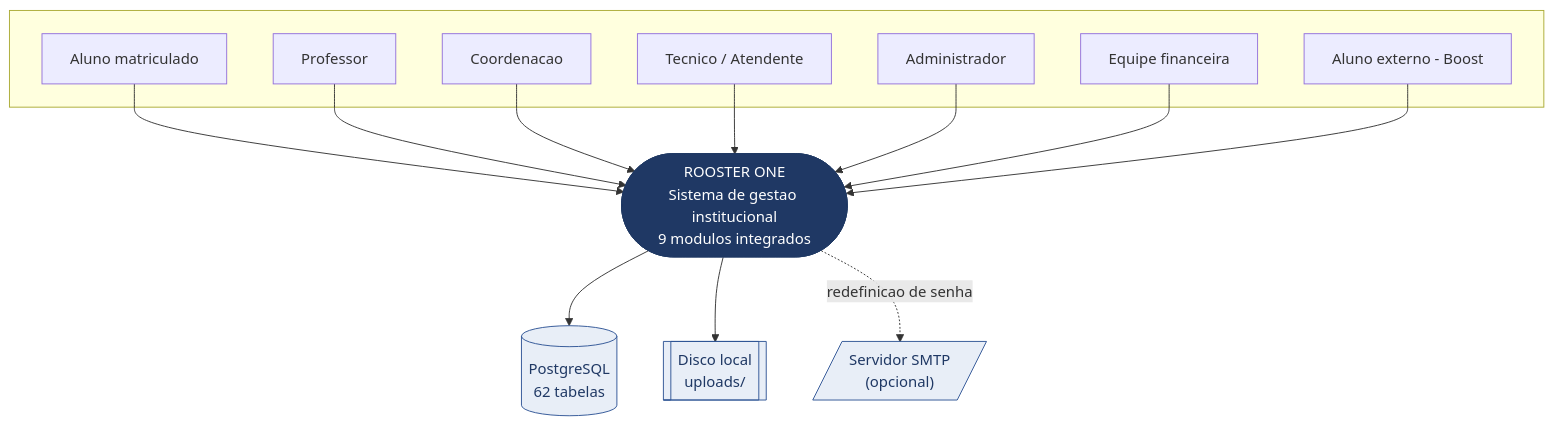
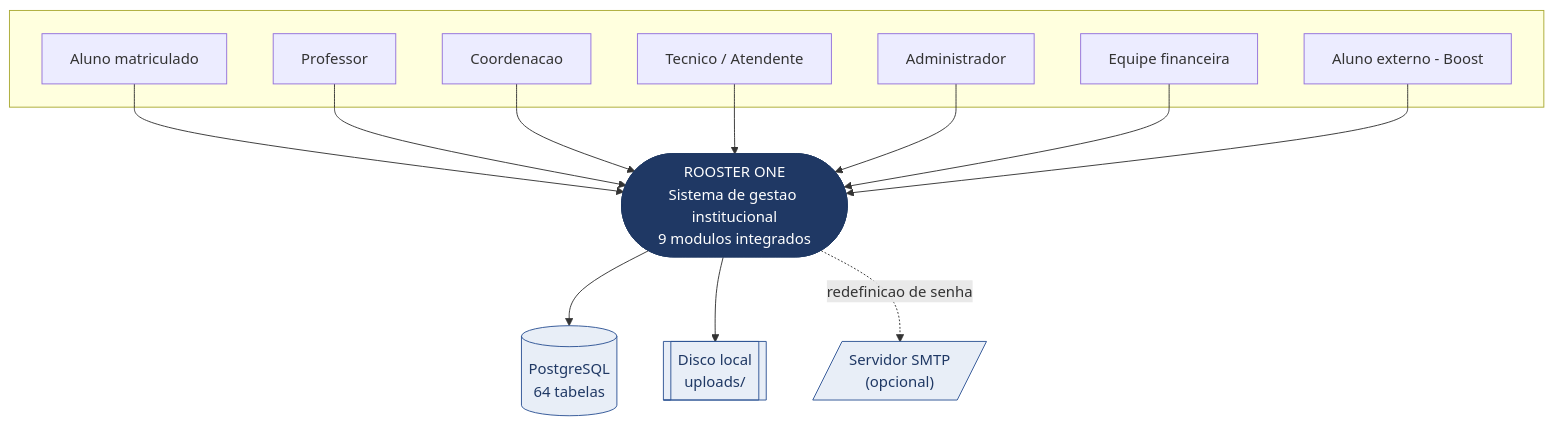
One commit to bebberjoao/RoosterOneBackend changed the diagram in docs/diagramas/src/contexto.mmd. Above: the diagram before and after it, drawn with Mermaid. The commit also changed 4 other files, not shown here.

Commit message:
docs(diagramas): casos de uso do Boost com atores vigentes; contexto com 64 tabelas

```diff
--- a/docs/diagramas/src/contexto.mmd
+++ b/docs/diagramas/src/contexto.mmd
@@ -1,33 +1,33 @@
 graph TB
   subgraph Externo[" "]
     AI[Aluno matriculado]
     PR[Professor]
     CO[Coordenacao]
     TE[Tecnico / Atendente]
     AD[Administrador]
     FI[Equipe financeira]
     EX[Aluno externo - Boost]
   end
 
   RO(["ROOSTER ONE<br/>Sistema de gestao institucional<br/>9 modulos integrados"])
 
-  PG[("PostgreSQL<br/>62 tabelas")]
+  PG[("PostgreSQL<br/>64 tabelas")]
   FS[["Disco local<br/>uploads/"]]
   SMTP[/"Servidor SMTP<br/>(opcional)"/]
 
   AI --> RO
   PR --> RO
   CO --> RO
   TE --> RO
   AD --> RO
   FI --> RO
   EX --> RO
 
   RO --> PG
   RO --> FS
   RO -.->|redefinicao de senha| SMTP
 
   classDef sistema fill:#1F3864,stroke:#1F3864,color:#fff
   classDef dados fill:#E8EEF7,stroke:#2E5395,color:#1F3864
   class RO sistema
   class PG,FS,SMTP dados
```
